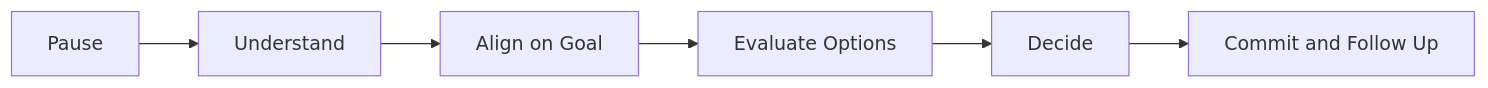
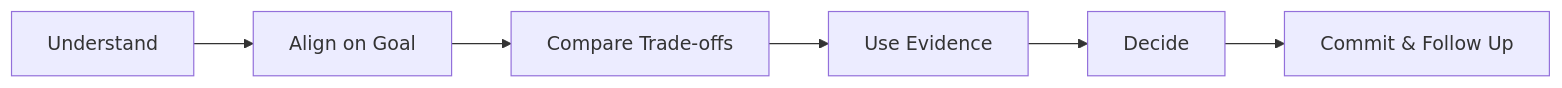
The first of 5 diagrams in src/content/behavioral/conflict-disagreement.md (AvadhBhalodiya/Interview-Preparation), drawn with Mermaid before and after one commit. The commit also changed other lines of this file and 54 other files, not shown here.

````diff
--- a/src/content/behavioral/conflict-disagreement.md
+++ b/src/content/behavioral/conflict-disagreement.md
@@ -21,8 +21,8 @@
 ```mermaid
 flowchart LR
-    A[Pause] --> B[Understand]
-    B --> C[Align on Goal]
-    C --> D[Evaluate Options]
+    A[Understand] --> B[Align on Goal]
+    B --> C[Compare Trade-offs]
+    C --> D[Use Evidence]
     D --> E[Decide]
-    E --> F[Commit and Follow Up]
+    E --> F[Commit & Follow Up]
 ```
````
